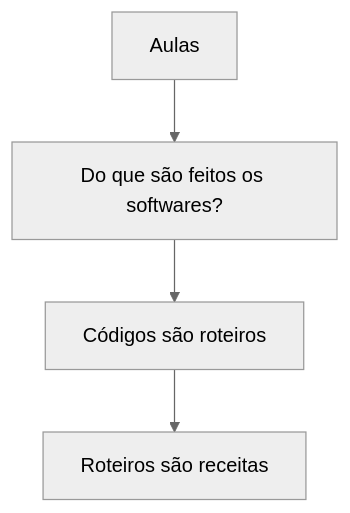
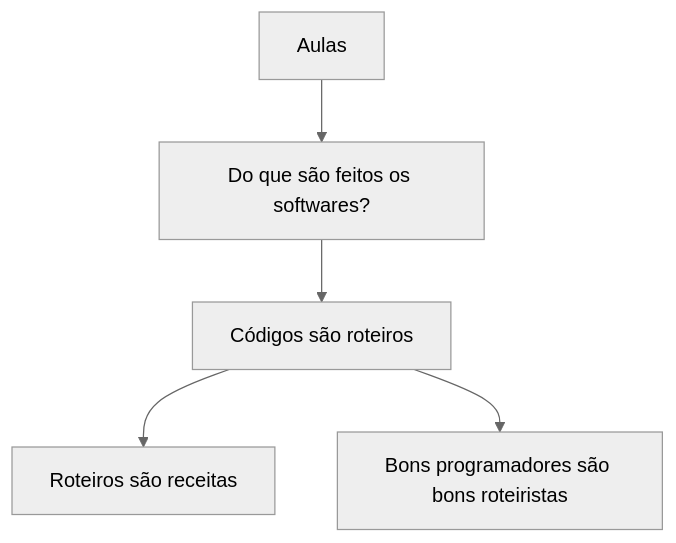
Before and after one commit to laerciogermano/workstation: the diagram in aulas/README.md, drawn with Mermaid (neutral theme). The commit also changed other lines of this file and 3 other files, not shown here.

Commit message:
Adiciona seção Bons programadores são bons roteiristas sob Códigos são roteiros.

````diff
--- a/aulas/README.md
+++ b/aulas/README.md
@@ -5,10 +5,12 @@
 ```mermaid
 flowchart TD
   A[Aulas]
   B[Do que são feitos os softwares?]
   C[Códigos são roteiros]
   D[Roteiros são receitas]
+  E[Bons programadores são bons roteiristas]
   A --> B
   B --> C
   C --> D
+  C --> E
 ```
````
